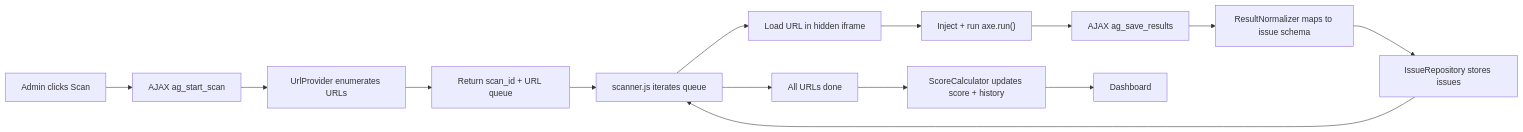
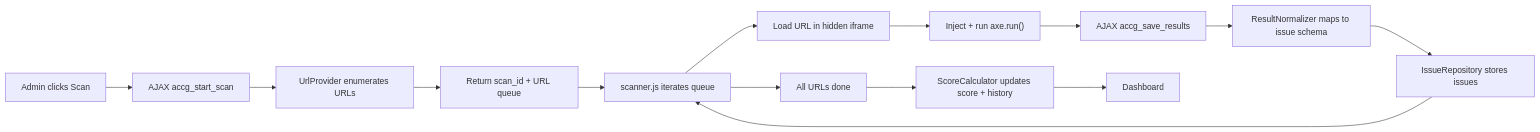
The diagram in README.md (esmobg/Accessibility-Guardian), drawn with Mermaid before and after one commit. The commit also changed other lines of this file and 46 other files, not shown here.

````diff
--- a/README.md
+++ b/README.md
@@ -32,16 +32,16 @@
 ```mermaid
 flowchart LR
-  admin[Admin clicks Scan] --> start["AJAX ag_start_scan"]
+  admin[Admin clicks Scan] --> start["AJAX accg_start_scan"]
   start --> urls[UrlProvider enumerates URLs]
   urls --> queue[Return scan_id + URL queue]
   queue --> loop[scanner.js iterates queue]
   loop --> iframe[Load URL in hidden iframe]
   iframe --> run["Inject + run axe.run()"]
-  run --> save["AJAX ag_save_results"]
+  run --> save["AJAX accg_save_results"]
   save --> norm[ResultNormalizer maps to issue schema]
   norm --> store[IssueRepository stores issues]
   store --> loop
   loop --> done[All URLs done]
   done --> score[ScoreCalculator updates score + history]
   score --> dash[Dashboard]
 ```
````
